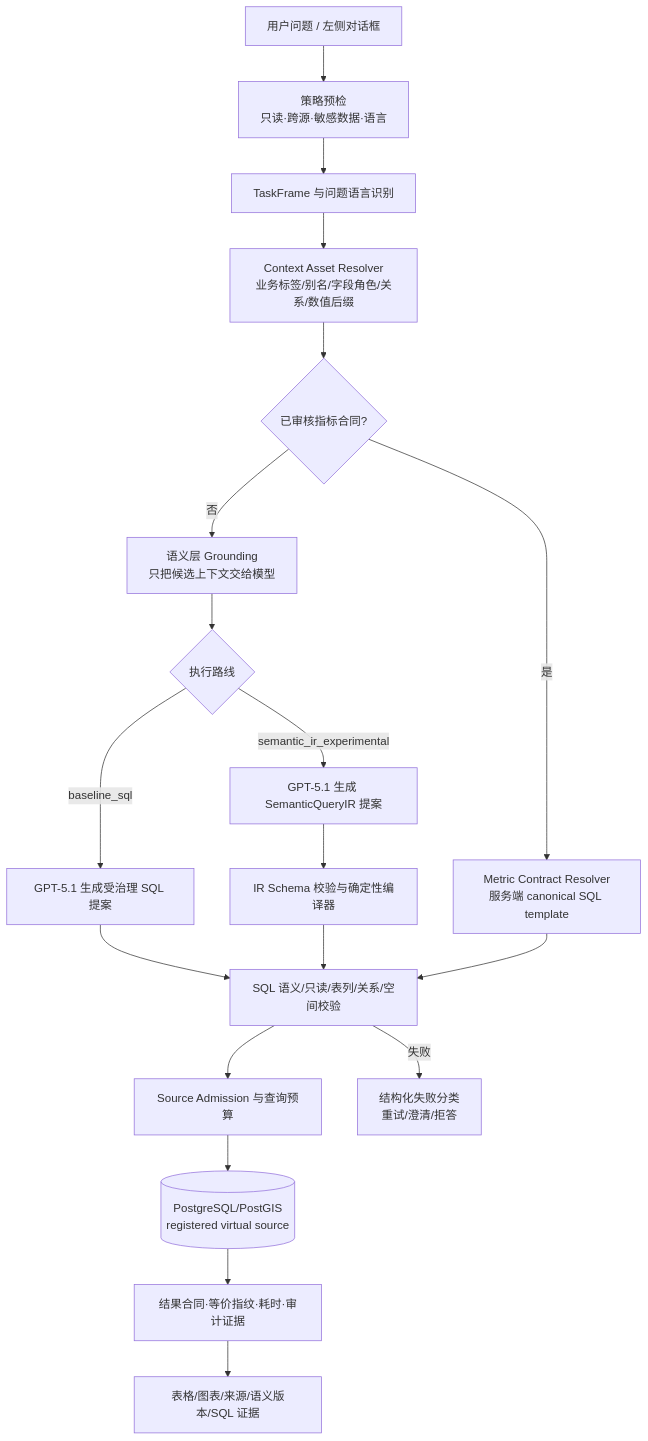
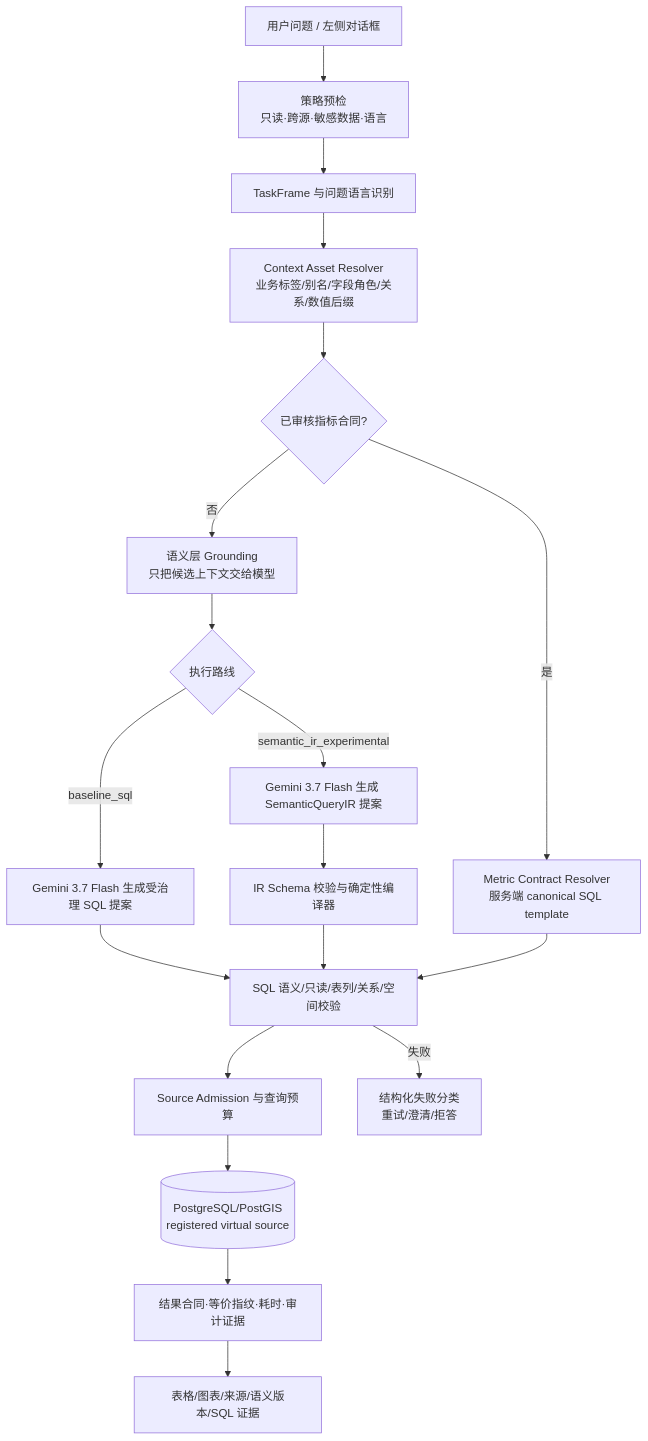
The diagram in docs/nl2semantic2sql_architecture.md (zhouning/gisdataagent), drawn with Mermaid before and after one commit. The commit also changed other lines of this file and 291 other files, not shown here.

Commit message:
feat(nl2sql): productize Abu Dhabi semantic query workflows

````diff
--- a/docs/nl2semantic2sql_architecture.md
+++ b/docs/nl2semantic2sql_architecture.md
@@ -770,21 +773,21 @@
 ```mermaid
 flowchart TB
   Q[用户问题 / 左侧对话框] --> P[策略预检\n只读·跨源·敏感数据·语言]
   P --> T[TaskFrame 与问题语言识别]
   T --> R[Context Asset Resolver\n业务标签/别名/字段角色/关系/数值后缀]
   R --> C{已审核指标合同?}
   C -->|是| MC[Metric Contract Resolver\n服务端 canonical SQL template]
   C -->|否| G[语义层 Grounding\n只把候选上下文交给模型]
   G --> B{执行路线}
-  B -->|baseline_sql| S[GPT-5.1 生成受治理 SQL 提案]
-  B -->|semantic_ir_experimental| I[GPT-5.1 生成 SemanticQueryIR 提案]
+  B -->|baseline_sql| S[Gemini 3.7 Flash 生成受治理 SQL 提案]
+  B -->|semantic_ir_experimental| I[Gemini 3.7 Flash 生成 SemanticQueryIR 提案]
   S --> V[SQL 语义/只读/表列/关系/空间校验]
   I --> IC[IR Schema 校验与确定性编译器]
   IC --> V
   MC --> V
   V --> A[Source Admission 与查询预算]
   A --> E[(PostgreSQL/PostGIS\nregistered virtual source)]
   E --> O[结果合同·等价指纹·耗时·审计证据]
   O --> UI[表格/图表/来源/语义版本/SQL 证据]
   V -->|失败| F[结构化失败分类\n重试/澄清/拒答]
 ```
````
